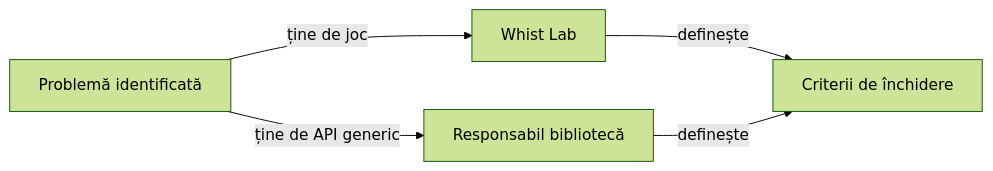
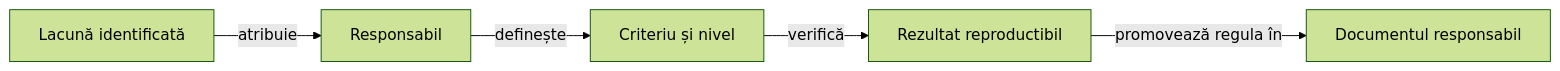
Before and after one commit to crististefanita/atf_j4: the diagram in docs/feedback/README.md, drawn with Mermaid (forest theme). The commit also changed other lines of this file and 642 other files, not shown here.

Commit message:
Update J4 architecture and reporting modules

````diff
--- a/docs/feedback/README.md
+++ b/docs/feedback/README.md
@@ -18,7 +19,7 @@
 ```mermaid
 flowchart LR
-ISSUE[Problemă identificată] -->|ține de joc| DOMAIN[Whist Lab]
-ISSUE -->|ține de API generic| LIB[Responsabil bibliotecă]
-DOMAIN -->|definește| CRITERIA[Criterii de închidere]
-LIB -->|definește| CRITERIA
+    ISSUE[Lacună identificată] -->|atribuie| OWNER[Responsabil]
+    OWNER -->|definește| CRITERION[Criteriu și nivel]
+    CRITERION -->|verifică| CHECK[Rezultat reproductibil]
+    CHECK -->|promovează regula în| CONTRACT[Documentul responsabil]
 ```
````
